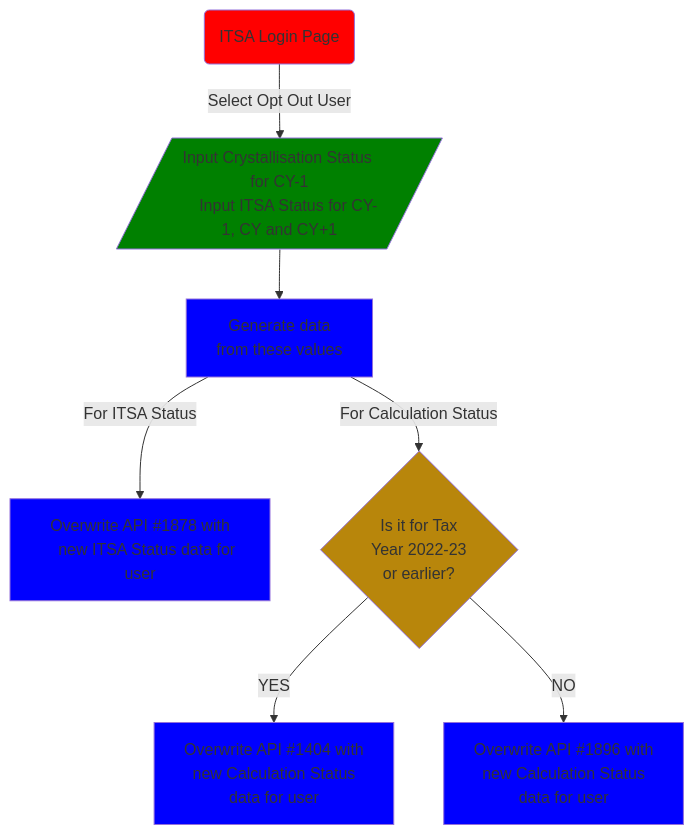
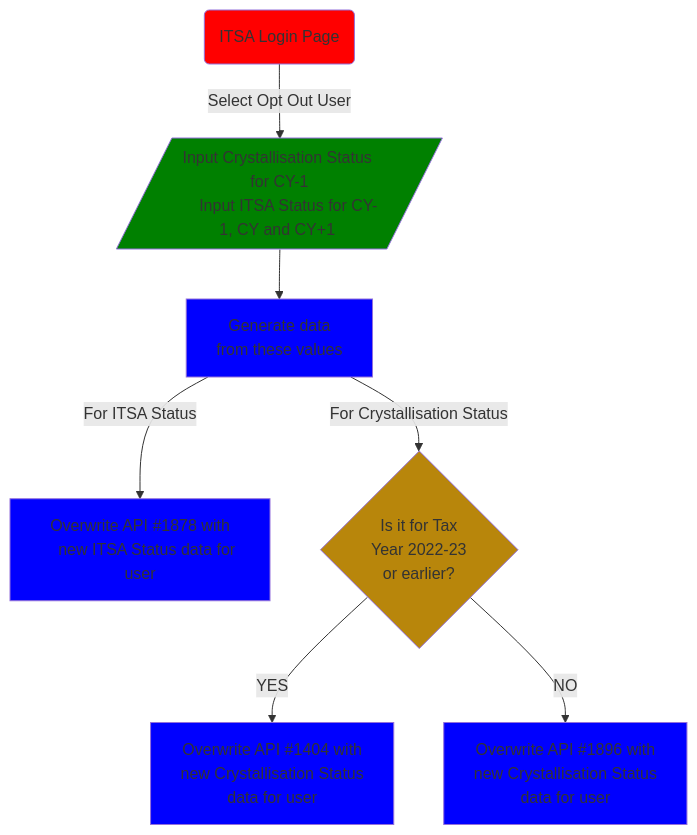
One commit to hmrc/income-tax-view-change-dynamic-stub changed the diagram in docs/diagrams/optOutCustomData.md. Above: the diagram before and after it, drawn with Mermaid.

Commit message:
added mored Crystallisation in stead of Calculation

````diff
--- a/docs/diagrams/optOutCustomData.md
+++ b/docs/diagrams/optOutCustomData.md
@@ -1,29 +1,29 @@
 ```mermaid
 flowchart TD
 
     style A fill: red
     style B fill: green
     style C fill: blue
     style D fill: blue
     style E fill: #B8860B
     style F fill: blue
     style G fill: blue
 
     A(ITSA Login Page) -->|Select Opt Out User| B
     B[/ Input Crystallisation Status for CY-1
-    Input ITSA Status for CY-1, CY and CY+1 /]
+    Input ITSA Status for CY-1, CY and CY+1 <br>/]
     B --> C[Generate data
     from these values]
-    C --> |For Calculation Status| E{Is it for Tax
+    C --> |For Crystallisation Status| E{Is it for Tax
     Year 2022-23
     or earlier?}
     C --> |For ITSA Status| D[Overwrite API #1878 with
     new ITSA Status data for user]
     E --> |YES| F[Overwrite API #1404 with
-    new Calculation Status
+    new Crystallisation Status
      data for user]
     E --> |NO| G[Overwrite API #1896 with
-    new Calculation Status
+    new Crystallisation Status
      data for user]
 
 ```
````
